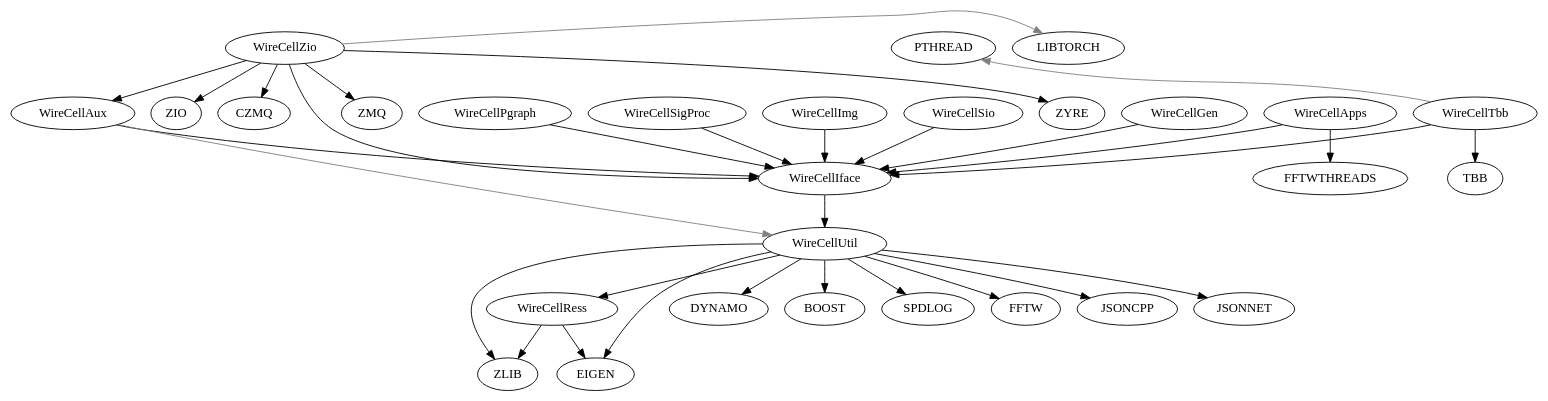
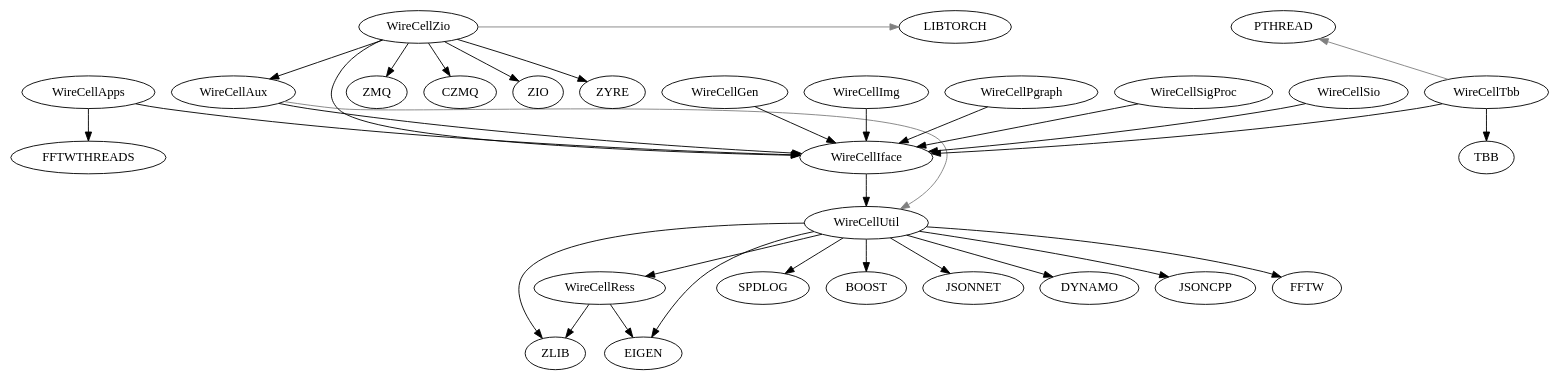
Before and after one commit to zhihuadong/wire-cell-toolkit: the diagram in wct-deps.dot, drawn with Graphviz. The commit also changed other lines of this file and 7 other files, not shown here.

Commit message:
Flow fixes

```diff
--- a/wct-deps.dot
+++ b/wct-deps.dot
@@ -1,45 +1,45 @@
 digraph deps {
+	"WireCellApps";
+	"WireCellAux";
+	"WireCellGen";
+	"WireCellIface";
+	"WireCellImg";
 	"WireCellPgraph";
-	"WireCellApps";
+	"WireCellRess";
 	"WireCellSigProc";
-	"WireCellImg";
-	"WireCellAux";
+	"WireCellSio";
 	"WireCellTbb";
+	"WireCellUtil";
 	"WireCellZio";
-	"WireCellSio";
-	"WireCellRess";
-	"WireCellIface";
-	"WireCellGen";
-	"WireCellUtil";
+	"WireCellApps" -> "WireCellIface"[color="black"];
 	"WireCellApps" -> "FFTWTHREADS"[color="black"];
+	"WireCellAux" -> "WireCellIface"[color="black"];
+	"WireCellAux" -> "WireCellUtil"[color="gray",constraint=false];
+	"WireCellGen" -> "WireCellIface"[color="black"];
+	"WireCellIface" -> "WireCellUtil"[color="black"];
+	"WireCellImg" -> "WireCellIface"[color="black"];
+	"WireCellPgraph" -> "WireCellIface"[color="black"];
+	"WireCellRess" -> "ZLIB"[color="black"];
+	"WireCellRess" -> "EIGEN"[color="black"];
+	"WireCellSigProc" -> "WireCellIface"[color="black"];
+	"WireCellSio" -> "WireCellIface"[color="black"];
+	"WireCellTbb" -> "WireCellIface"[color="black"];
+	"WireCellTbb" -> "TBB"[color="black"];
+	"WireCellTbb" -> "PTHREAD"[color="gray",constraint=false];
+	"WireCellUtil" -> "ZLIB"[color="black"];
+	"WireCellUtil" -> "EIGEN"[color="black"];
+	"WireCellUtil" -> "SPDLOG"[color="black"];
+	"WireCellUtil" -> "BOOST"[color="black"];
+	"WireCellUtil" -> "WireCellRess"[color="black"];
+	"WireCellUtil" -> "JSONNET"[color="black"];
+	"WireCellUtil" -> "DYNAMO"[color="black"];
+	"WireCellUtil" -> "JSONCPP"[color="black"];
+	"WireCellUtil" -> "FFTW"[color="black"];
+	"WireCellZio" -> "WireCellAux"[color="black"];
+	"WireCellZio" -> "ZMQ"[color="black"];
+	"WireCellZio" -> "WireCellIface"[color="black"];
+	"WireCellZio" -> "CZMQ"[color="black"];
+	"WireCellZio" -> "ZIO"[color="black"];
+	"WireCellZio" -> "ZYRE"[color="black"];
 	"WireCellZio" -> "LIBTORCH"[color="gray",constraint=false];
-	"WireCellRess" -> "ZLIB"[color="black"];
-	"WireCellUtil" -> "DYNAMO"[color="black"];
-	"WireCellAux" -> "WireCellIface"[color="black"];
-	"WireCellUtil" -> "BOOST"[color="black"];
-	"WireCellUtil" -> "ZLIB"[color="black"];
-	"WireCellPgraph" -> "WireCellIface"[color="black"];
-	"WireCellAux" -> "WireCellUtil"[color="gray",constraint=false];
-	"WireCellZio" -> "WireCellIface"[color="black"];
-	"WireCellSigProc" -> "WireCellIface"[color="black"];
-	"WireCellTbb" -> "WireCellIface"[color="black"];
-	"WireCellGen" -> "WireCellIface"[color="black"];
-	"WireCellZio" -> "ZIO"[color="black"];
-	"WireCellImg" -> "WireCellIface"[color="black"];
-	"WireCellUtil" -> "EIGEN"[color="black"];
-	"WireCellZio" -> "CZMQ"[color="black"];
-	"WireCellUtil" -> "WireCellRess"[color="black"];
-	"WireCellTbb" -> "PTHREAD"[color="gray",constraint=false];
-	"WireCellUtil" -> "SPDLOG"[color="black"];
-	"WireCellZio" -> "ZMQ"[color="black"];
-	"WireCellUtil" -> "FFTW"[color="black"];
-	"WireCellSio" -> "WireCellIface"[color="black"];
-	"WireCellUtil" -> "JSONCPP"[color="black"];
-	"WireCellUtil" -> "JSONNET"[color="black"];
-	"WireCellRess" -> "EIGEN"[color="black"];
-	"WireCellIface" -> "WireCellUtil"[color="black"];
-	"WireCellZio" -> "WireCellAux"[color="black"];
-	"WireCellTbb" -> "TBB"[color="black"];
-	"WireCellApps" -> "WireCellIface"[color="black"];
-	"WireCellZio" -> "ZYRE"[color="black"];
 }
```
